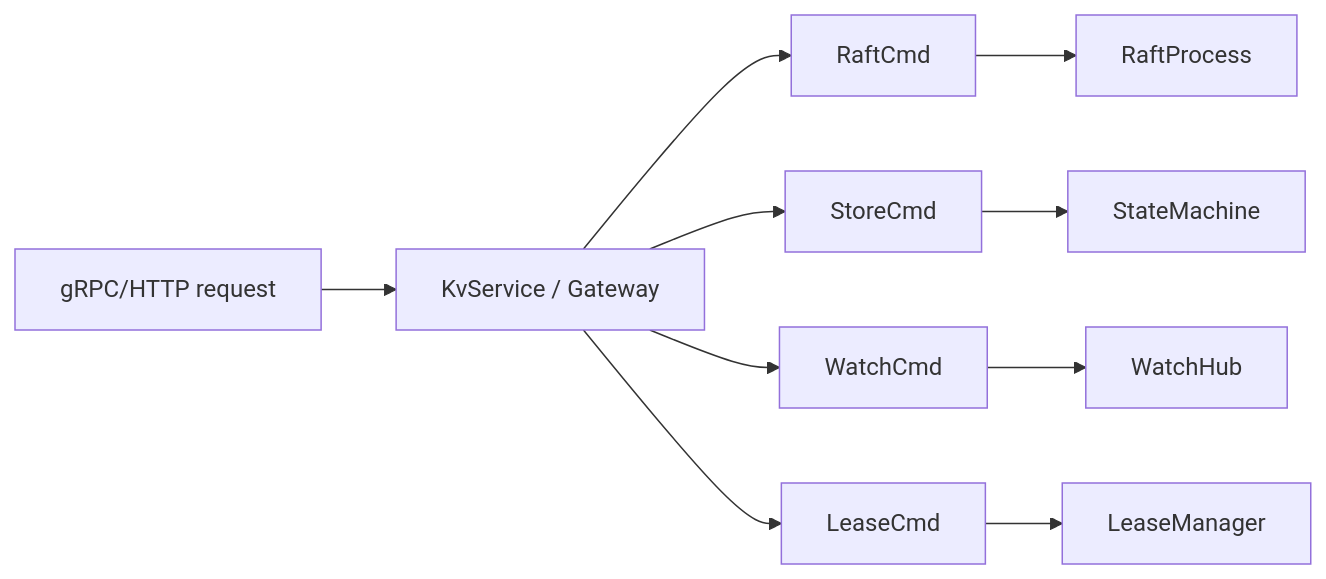
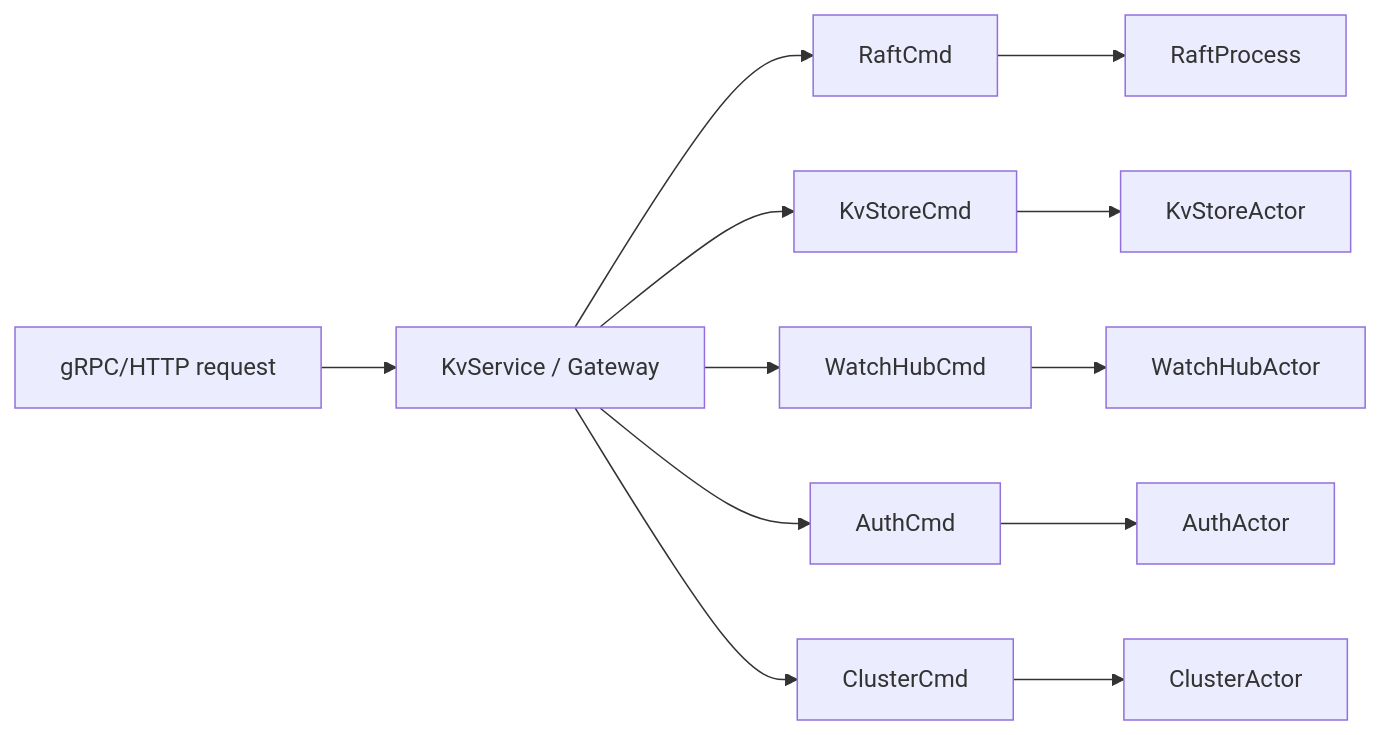
One commit to alexandernicholson/barkeeper changed the diagram in docs/developer-guide.md. Above: the diagram before and after it, drawn with Mermaid. The commit also changed other lines of this file and 3 other files, not shown here.

````diff
--- a/docs/developer-guide.md
+++ b/docs/developer-guide.md
@@ -402,8 +415,9 @@
 ```mermaid
 graph LR
     Req["gRPC/HTTP request"] --> Svc["KvService / Gateway"]
     Svc --> RC["RaftCmd"] --> RP["RaftProcess"]
-    Svc --> SC["StoreCmd"] --> SM["StateMachine"]
-    Svc --> WC["WatchCmd"] --> WH["WatchHub"]
-    Svc --> LC["LeaseCmd"] --> LM["LeaseManager"]
+    Svc --> KSC["KvStoreCmd"] --> KSA["KvStoreActor"]
+    Svc --> WHC["WatchHubCmd"] --> WHA["WatchHubActor"]
+    Svc --> AC["AuthCmd"] --> AA["AuthActor"]
+    Svc --> CC["ClusterCmd"] --> CA["ClusterActor"]
 ```
````
